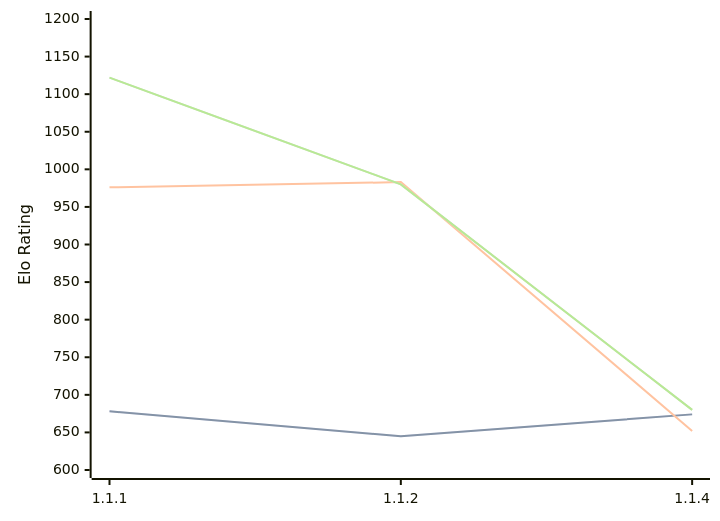
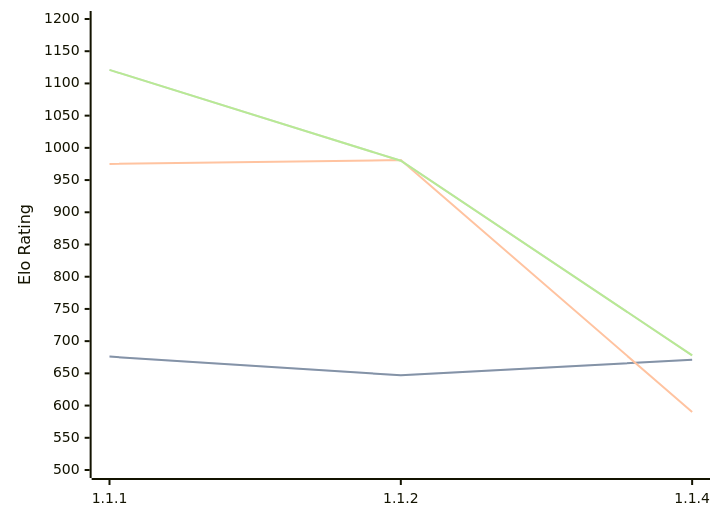
One commit to computer-chess-index/cci changed the diagram in engines/ChessCore.md. Above: the diagram before and after it, drawn with Mermaid. The commit also changed other lines of this file, not shown here.

Commit message:
Update CCI Ratings (ELO VLTC) - 2026-06-07

````diff
--- a/engines/ChessCore.md
+++ b/engines/ChessCore.md
@@ -34,11 +35,11 @@
 ```mermaid
 %%{init: {"theme":"base","themeVariables":{"seriesColors:['#a3a3a3','#222221','#faa371']}}}%%
 xychart-beta
   x-axis ["1.1.1", "1.1.2", "1.1.4"]
-  y-axis "Elo Rating" 600 --> 1200
-  line "STC (8.0+0.08s)" [678, 645, 674]
-  line "STC (8.0+0.08s)" [678, 645, 674]
-  line "LTC (60.0+0.60s)" [976, 983, 652]
-  line "VLTC (2m24s+1.12s)" [1122, 980, 680]
-  line "VLTC (2m24s+1.12s)" [1122, 980, 680]
+  y-axis "Elo Rating" 500 --> 1200
+  line "STC (8.0+0.08s)" [676, 647, 671]
+  line "STC (8.0+0.08s)" [676, 647, 671]
+  line "LTC (60.0+0.60s)" [975, 981, 590]
+  line "VLTC (2m24s+1.12s)" [1121, 980, 678]
+  line "VLTC (2m24s+1.12s)" [1121, 980, 678]
 ```
````
